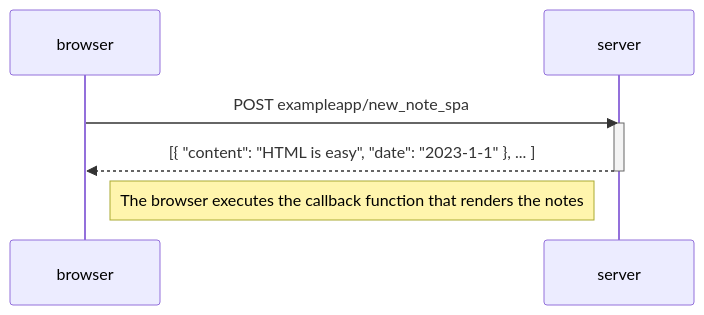
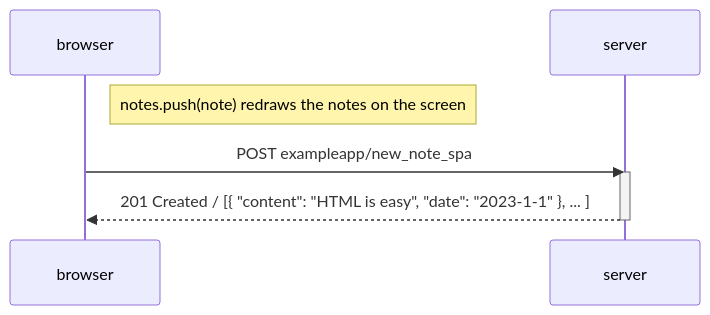
Before and after one commit to trasku/fullstack: the diagram in osa0/teht0_6.md, drawn with Mermaid.

Commit message:
Update teht0_6.md
Added a note

````diff
--- a/osa0/teht0_6.md
+++ b/osa0/teht0_6.md
@@ -1,12 +1,12 @@
 ```mermaid
 sequenceDiagram
     participant browser
     participant server
 
+    Note right of browser: notes.push(note) redraws the notes on the screen
     browser->>server: POST exampleapp/new_note_spa
     activate server
-    server-->>browser: [{ "content": "HTML is easy", "date": "2023-1-1" }, ... ]
-    deactivate server    
+    server-->>browser: 201 Created / [{ "content": "HTML is easy", "date": "2023-1-1" }, ... ]
+    deactivate server
 
-    Note right of browser: The browser executes the callback function that renders the notes 
 ```
````
